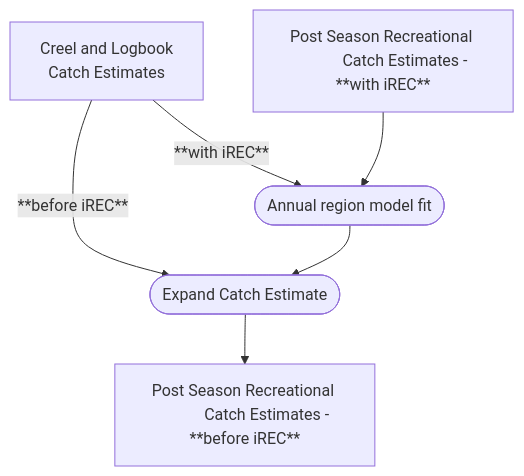
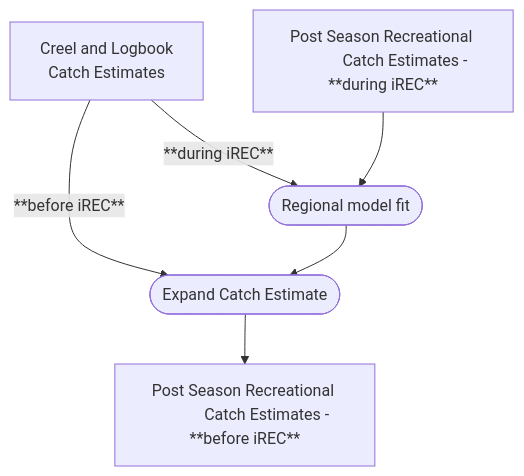
Before and after one commit to nick-komick/chinook_rec_report: the diagram in scripts/flowchart_before_irec.qmd, drawn with Mermaid. The commit also changed 7 other files, not shown here.

````diff
--- a/scripts/flowchart_before_irec.qmd
+++ b/scripts/flowchart_before_irec.qmd
@@ -7,21 +7,21 @@
 ```{mermaid}
 flowchart TB
     %% Left Branch (iRec)
     irec[Post Season Recreational 
-            Catch Estimates - **with iREC**]
+            Catch Estimates - **during iREC**]
 
 
     %% Middle Branch (Creel with iREC)
     creel[Creel and Logbook
-       Catch Estimates] -- "**with iREC**" --> fit([Annual region model fit])
+       Catch Estimates] -- "**during iREC**" --> fit([Regional model fit])
        
      %% Right Branch (Creel without iREC)
     creel -- "**before iREC**" --> predict([Expand Catch Estimate])
        
     predict --> G[Post Season Recreational 
             Catch Estimates - **before iREC**]
 
     %% Cross Connections
     irec --> fit
     fit --> predict
 ```
````
